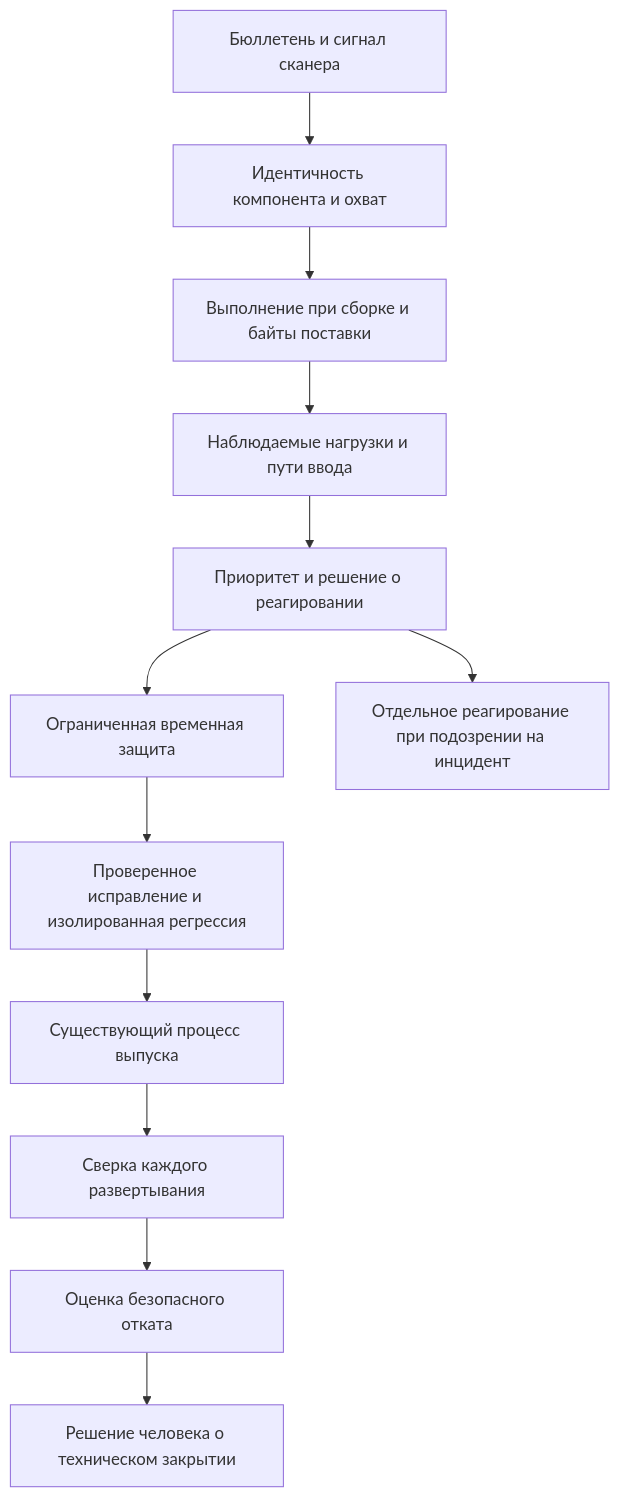
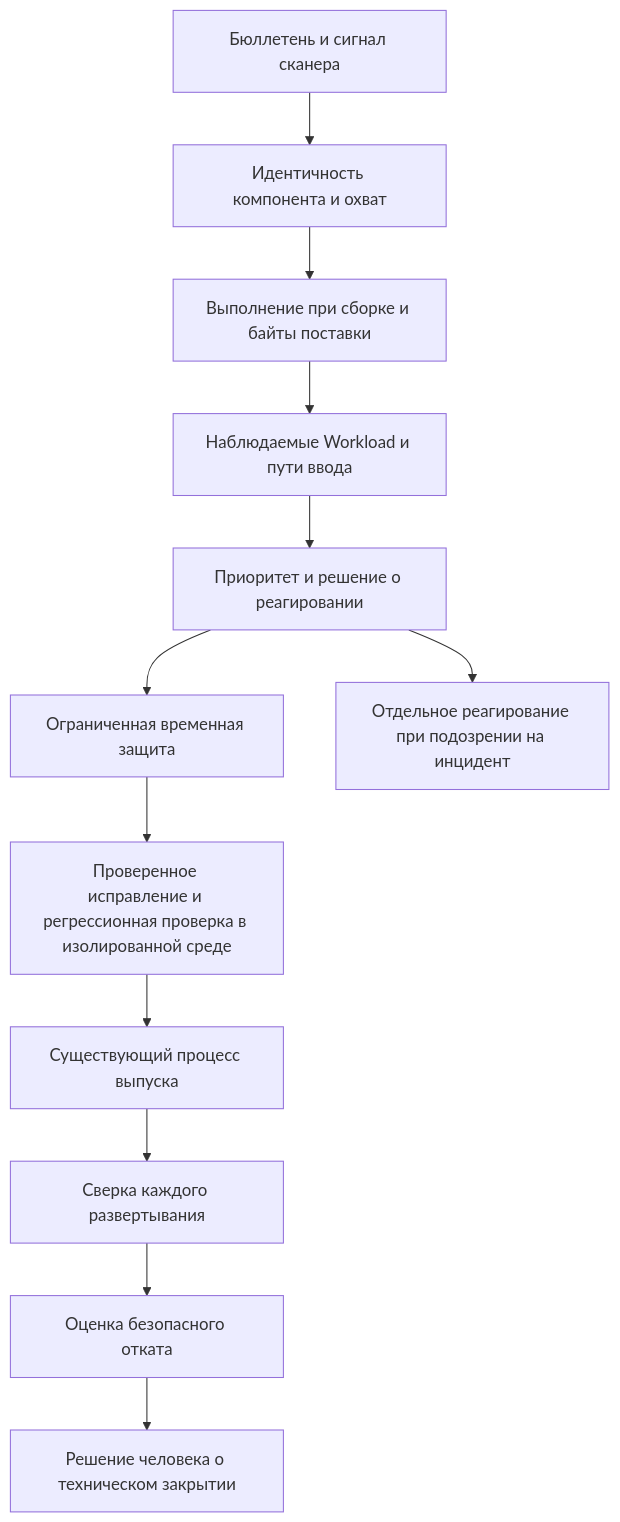
Before and after one commit to defrixx/defrixx.github.io: the diagram in content/hub/reviews/vulnerability-response/overview.ru.md, drawn with Mermaid. The commit also changed other lines of this file and 201 other files, not shown here.

````diff
--- a/content/hub/reviews/vulnerability-response/overview.ru.md
+++ b/content/hub/reviews/vulnerability-response/overview.ru.md
@@ -26,14 +26,14 @@
 ```mermaid
 flowchart TB
  A[Бюллетень и сигнал сканера] --> S[Идентичность компонента и охват]
  S --> B[Выполнение при сборке и байты поставки]
- B --> I[Наблюдаемые нагрузки и пути ввода]
+ B --> I[Наблюдаемые Workload и пути ввода]
  I --> D[Приоритет и решение о реагировании]
  D --> M[Ограниченная временная защита]
  D --> C[Отдельное реагирование при подозрении на инцидент]
- M --> F[Проверенное исправление и изолированная регрессия]
+ M --> F[Проверенное исправление и регрессионная проверка в изолированной среде]
  F --> R[Существующий процесс выпуска]
  R --> V[Сверка каждого развертывания]
  V --> K[Оценка безопасного отката]
  K --> H[Решение человека о техническом закрытии]
 ```
````
